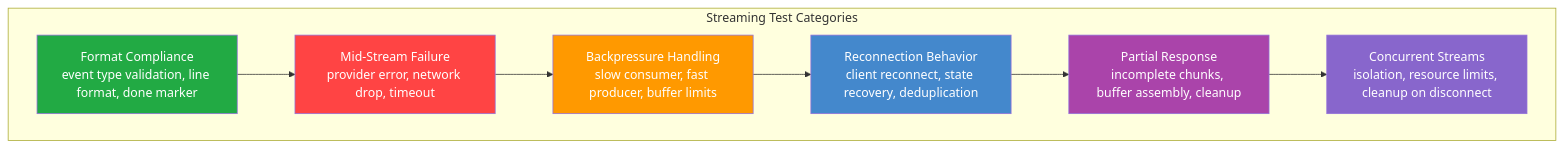
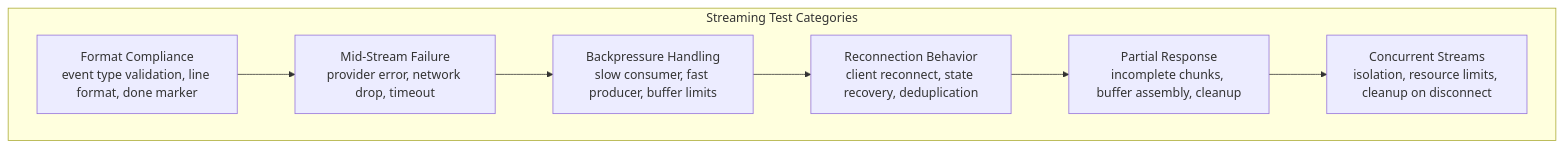
Before and after one commit to 1qh/safeagent: diagram 14 of 14 in plan/testing.md, drawn with Mermaid. The commit also changed other lines of this file and 43 other files, not shown here.

Commit message:
Phase 3 compression: strip non-semantic separators and Mermaid style metadata

````diff
--- a/plan/testing.md
+++ b/plan/testing.md
@@ -1147,21 +1088,15 @@
 ```mermaid
 flowchart TD
     subgraph STREAM_TEST_TYPES["Streaming Test Categories"]
         FORMAT_TESTS["Format Compliance\nevent type validation, line format, done marker"]
         MIDSTREAM_TESTS["Mid-Stream Failure\nprovider error, network drop, timeout"]
         BACKPRESSURE_TESTS["Backpressure Handling\nslow consumer, fast producer, buffer limits"]
         RECONNECT_TESTS["Reconnection Behavior\nclient reconnect, state recovery, deduplication"]
         PARTIAL_TESTS["Partial Response\nincomplete chunks, buffer assembly, cleanup"]
         CONCURRENT_TESTS["Concurrent Streams\nisolation, resource limits, cleanup on disconnect"]
     end
 
     FORMAT_TESTS --> MIDSTREAM_TESTS --> BACKPRESSURE_TESTS
     BACKPRESSURE_TESTS --> RECONNECT_TESTS --> PARTIAL_TESTS --> CONCURRENT_TESTS
 
-    style FORMAT_TESTS fill:#22aa44,color:#fff
-    style MIDSTREAM_TESTS fill:#ff4444,color:#fff
-    style BACKPRESSURE_TESTS fill:#ff9900,color:#fff
-    style RECONNECT_TESTS fill:#4488cc,color:#fff
-    style PARTIAL_TESTS fill:#aa44aa,color:#fff
-    style CONCURRENT_TESTS fill:#8866cc,color:#fff
 ```
````
